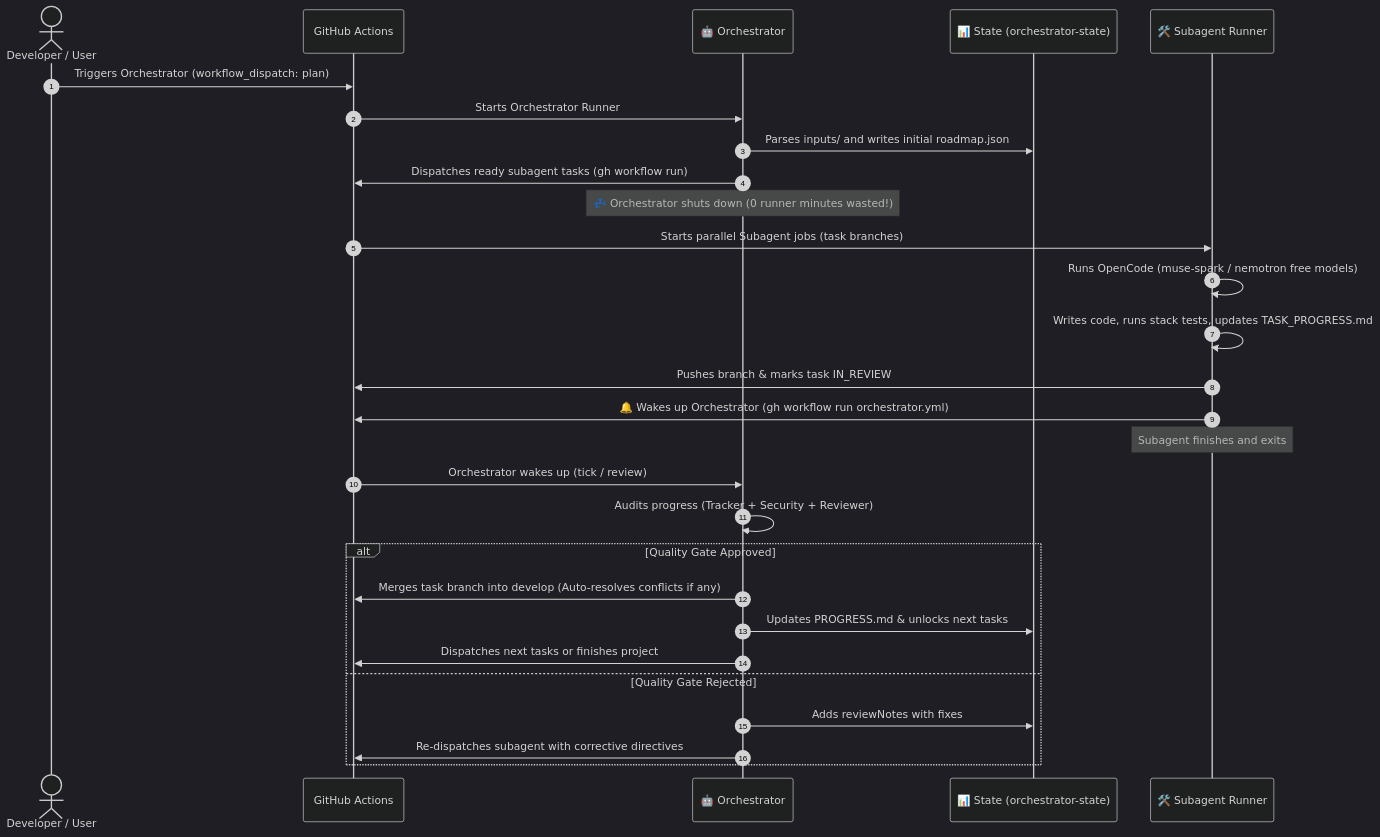
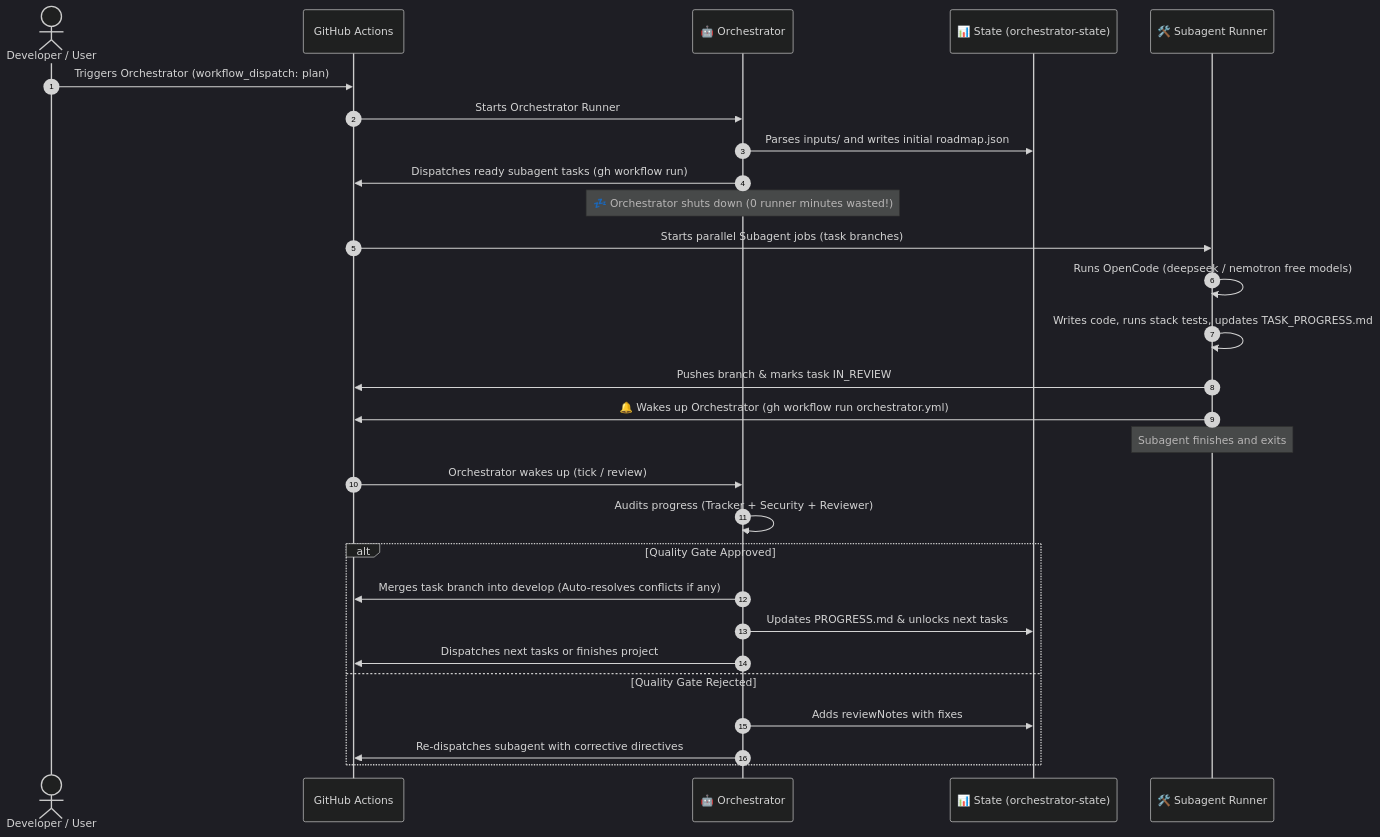
The second of 3 diagrams in ARCHITECTURE.md (Taiizor/Orchestrator), drawn with Mermaid (dark theme) before and after one commit. The commit also changed other lines of this file, not shown here.

````diff
--- a/ARCHITECTURE.md
+++ b/ARCHITECTURE.md
@@ -66,33 +66,33 @@
 ```mermaid
 sequenceDiagram
     autonumber
     actor User as Developer / User
     participant GH as GitHub Actions
     participant Orch as 🤖 Orchestrator
     participant State as 📊 State (orchestrator-state)
     participant Sub as 🛠️ Subagent Runner
 
     User->>GH: Triggers Orchestrator (workflow_dispatch: plan)
     GH->>Orch: Starts Orchestrator Runner
     Orch->>State: Parses inputs/ and writes initial roadmap.json
     Orch->>GH: Dispatches ready subagent tasks (gh workflow run)
     Note over Orch: 💤 Orchestrator shuts down (0 runner minutes wasted!)
 
     GH->>Sub: Starts parallel Subagent jobs (task branches)
-    Sub->>Sub: Runs OpenCode (muse-spark / nemotron free models)
+    Sub->>Sub: Runs OpenCode (deepseek / nemotron free models)
     Sub->>Sub: Writes code, runs stack tests, updates TASK_PROGRESS.md
     Sub->>GH: Pushes branch & marks task IN_REVIEW
     Sub->>GH: 🔔 Wakes up Orchestrator (gh workflow run orchestrator.yml)
     Note over Sub: Subagent finishes and exits
 
     GH->>Orch: Orchestrator wakes up (tick / review)
     Orch->>Orch: Audits progress (Tracker + Security + Reviewer)
     alt Quality Gate Approved
         Orch->>GH: Merges task branch into develop (Auto-resolves conflicts if any)
         Orch->>State: Updates PROGRESS.md & unlocks next tasks
         Orch->>GH: Dispatches next tasks or finishes project
     else Quality Gate Rejected
         Orch->>State: Adds reviewNotes with fixes
         Orch->>GH: Re-dispatches subagent with corrective directives
     end
 ```
````
